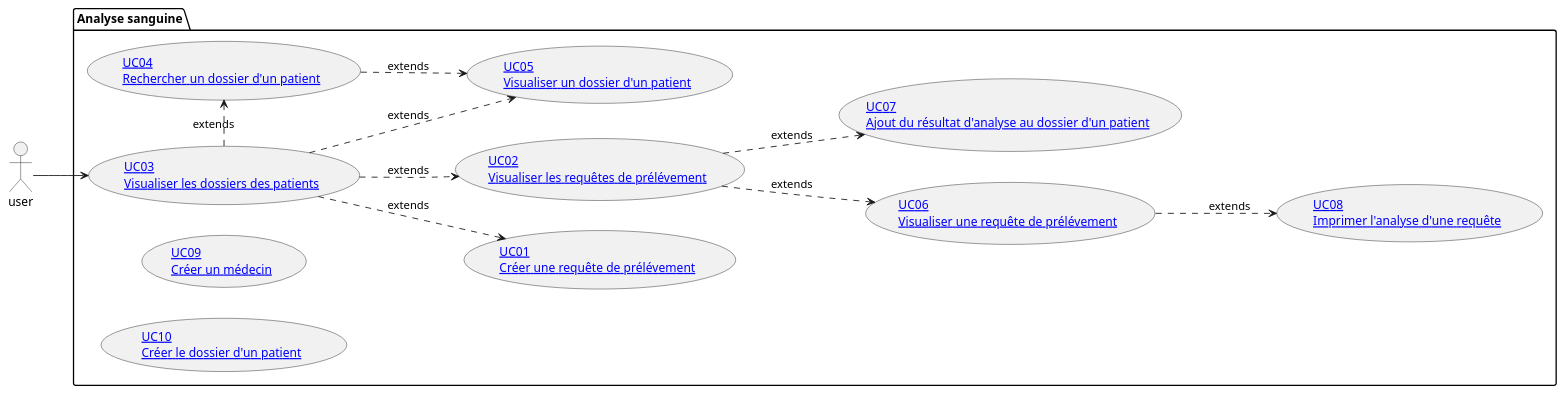
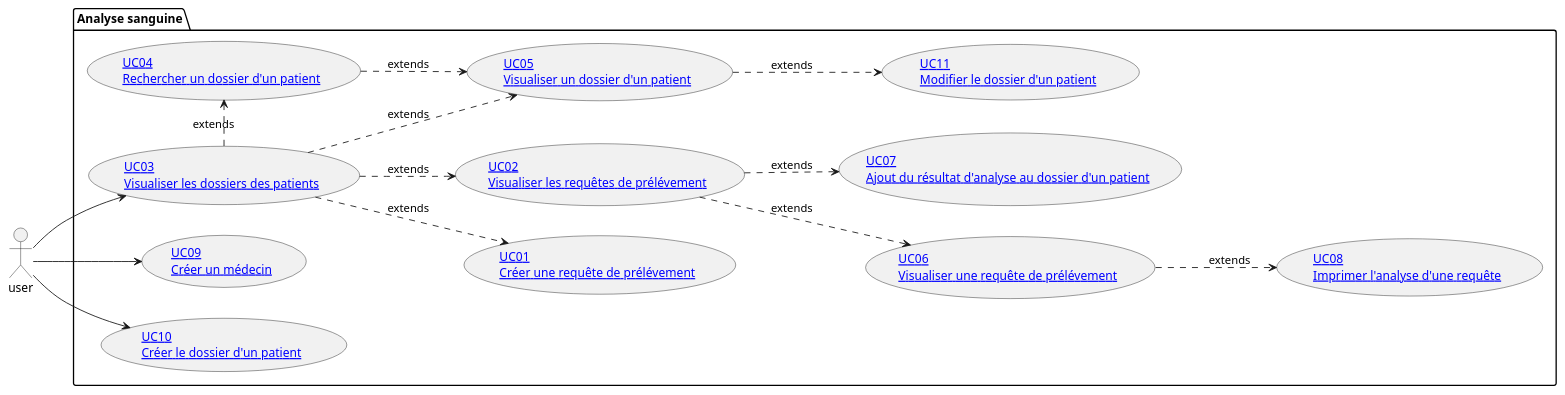
Before and after one commit to MainKarl/Rooftop: the diagram in Docs/Analyse_Sanguine/1_Analyse/UsesCases/index.md, drawn with PlantUML. The commit also changed 3 other files, not shown here.

````diff
--- a/Docs/Analyse_Sanguine/1_Analyse/UsesCases/index.md
+++ b/Docs/Analyse_Sanguine/1_Analyse/UsesCases/index.md
@@ -3,41 +3,44 @@
 ```plantuml
 @startuml
 left to right direction
 actor user as user
 
 package "Analyse sanguine"{
     usecase ([[#!UseCases/UC01.md UC01\nCréer une requête de prélévement]]) as UC01
 
     usecase ([[#!UseCases/UC02.md UC02\nVisualiser les requêtes de prélévement]]) as UC02
 
     usecase ([[#!UseCases/UC03.md UC03\nVisualiser les dossiers des patients]]) as UC03
 
     usecase ([[#!UseCases/UC04.md UC04\nRechercher un dossier d'un patient]]) as UC04
 
     usecase ([[#!UseCases/UC05.md UC05\nVisualiser un dossier d'un patient]]) as UC05
 
     usecase ([[#!UseCases/UC06.md UC06\nVisualiser une requête de prélévement]]) as UC06
 
     usecase ([[#!UseCases/UC07.md UC07\nAjout du résultat d'analyse au dossier d'un patient]]) as UC07
 
     usecase ([[#!UseCases/UC08.md UC08\nImprimer l'analyse d'une requête]]) as UC08
 
     usecase ([[#!UseCases/UC09.md UC09\nCréer un médecin]]) as UC09
 
     usecase ([[#!UseCases/UC10.md UC10\nCréer le dossier d'un patient]]) as UC10
 
+    usecase ([[#!UseCases/UC11.md UC11\nModifier le dossier d'un patient]]) as UC11
+
     UC02 ..> UC06 : extends
     UC03 .> UC04 : extends
     UC03 ..> UC05 : extends
     UC04 ..> UC05 : extends
     UC06 ..> UC08 : extends
     UC02 ..> UC07 : extends
     UC03 ..> UC01 : extends
     UC03 ..> UC02 : extends
-
+    UC05 ..> UC11 : extends
 }
 
 user --> UC03
-
-
+user --> UC09
+user --> UC10
+@enduml
 ```
````
